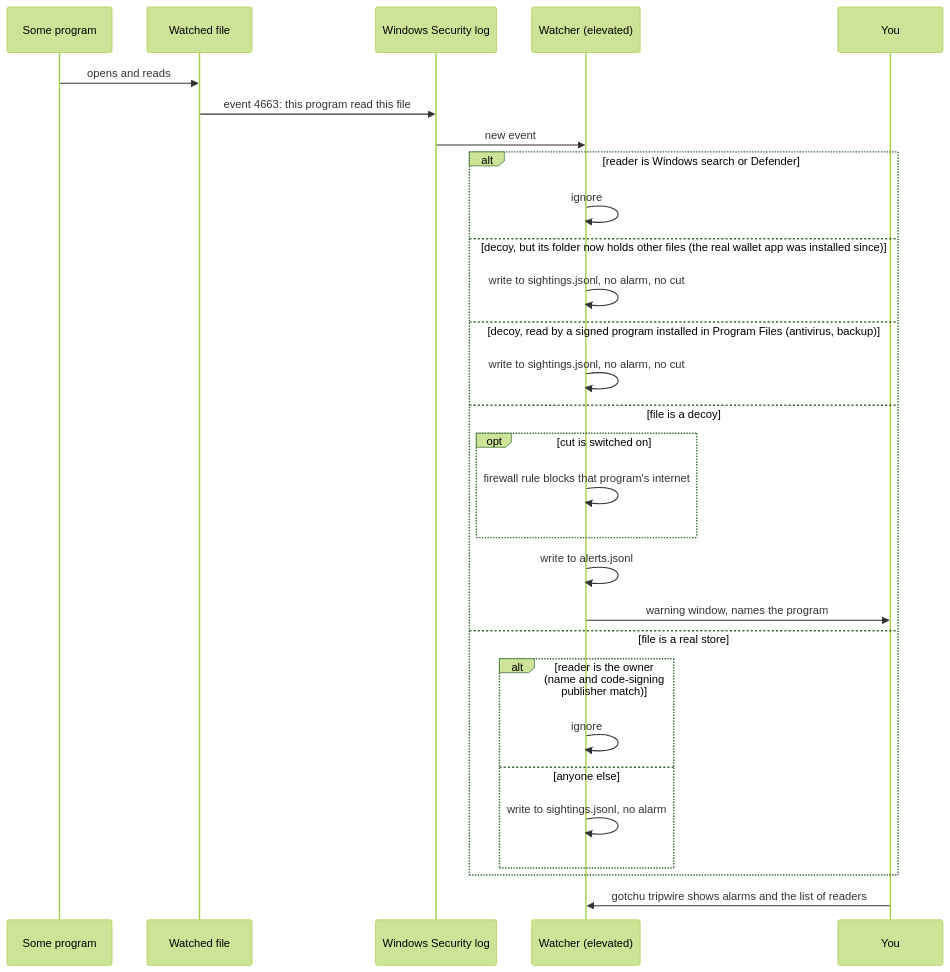
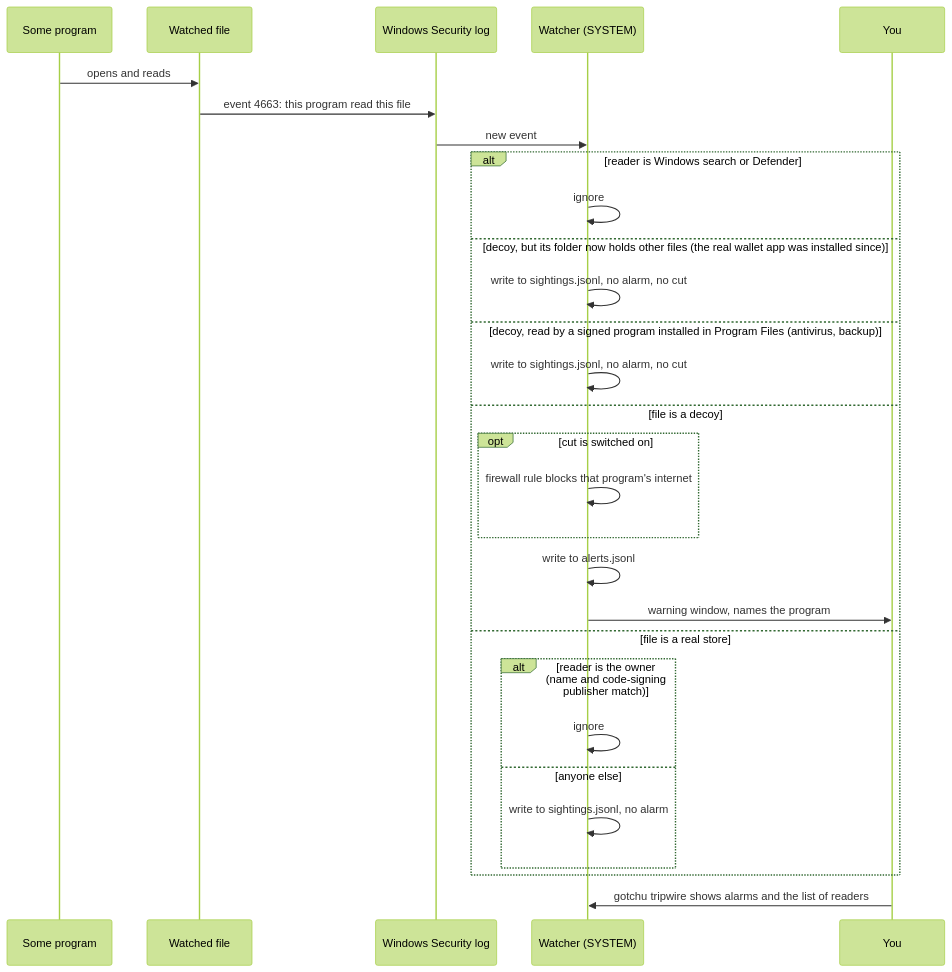
The fourth of 7 diagrams in docs/ARCHITECTURE.md (AnshMittal08/GotchU), drawn with Mermaid (forest theme) before and after one commit. The commit also changed other lines of this file and 5 other files, not shown here.

````diff
--- a/docs/ARCHITECTURE.md
+++ b/docs/ARCHITECTURE.md
@@ -122,31 +125,31 @@
 ```mermaid
 sequenceDiagram
     participant P as Some program
     participant F as Watched file
     participant W as Windows Security log
-    participant T as Watcher (elevated)
+    participant T as Watcher (SYSTEM)
     participant Y as You
     P->>F: opens and reads
     F->>W: event 4663: this program read this file
     W->>T: new event
     alt reader is Windows search or Defender
         T->>T: ignore
     else decoy, but its folder now holds other files (the real wallet app was installed since)
         T->>T: write to sightings.jsonl, no alarm, no cut
     else decoy, read by a signed program installed in Program Files (antivirus, backup)
         T->>T: write to sightings.jsonl, no alarm, no cut
     else file is a decoy
         opt cut is switched on
             T->>T: firewall rule blocks that program's internet
         end
         T->>T: write to alerts.jsonl
         T->>Y: warning window, names the program
     else file is a real store
         alt reader is the owner (name and code-signing publisher match)
             T->>T: ignore
         else anyone else
             T->>T: write to sightings.jsonl, no alarm
         end
     end
     Y->>T: gotchu tripwire shows alarms and the list of readers
 ```
````
